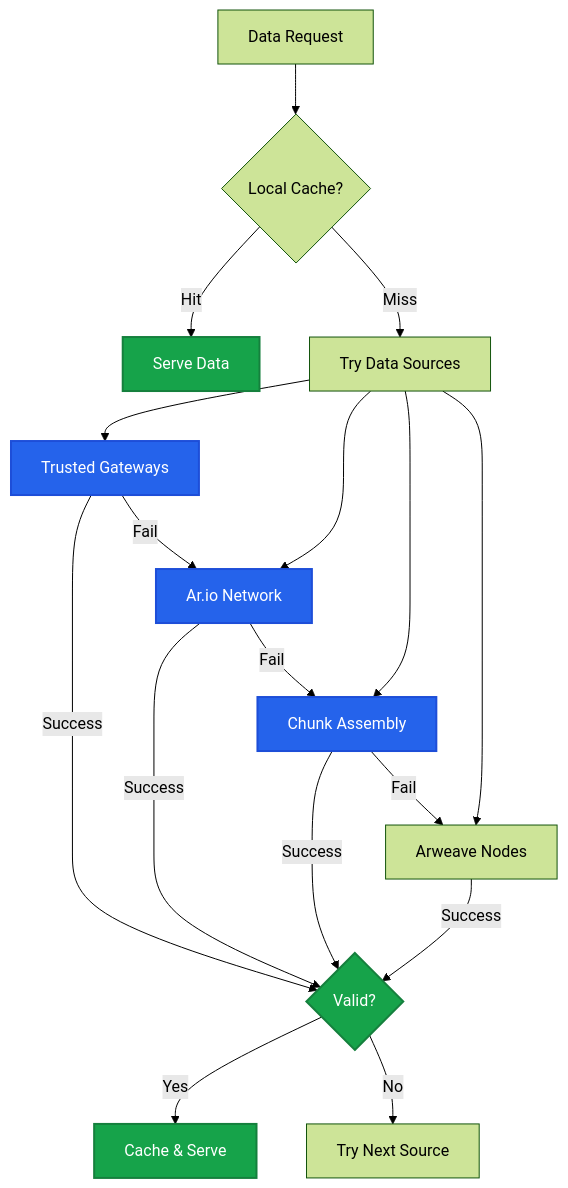
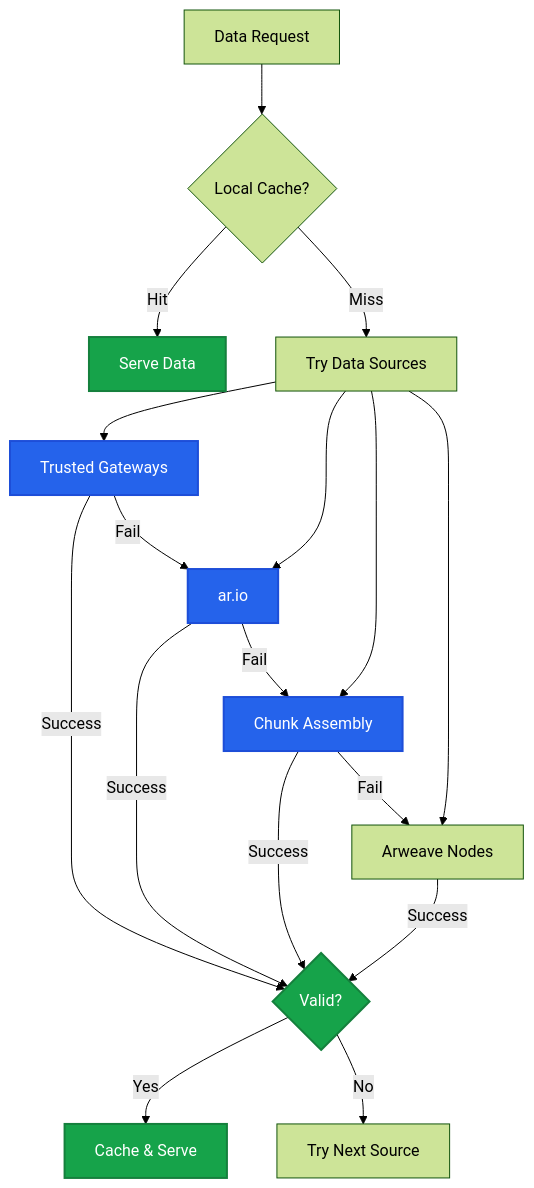
One commit to ar-io/docs changed the first of 2 diagrams in content/learn/gateways/data-retrieval.mdx. Above: the diagram before and after it, drawn with Mermaid (forest theme). The commit also changed other lines of this file and 34 other files, not shown here.

````diff
--- a/content/learn/gateways/data-retrieval.mdx
+++ b/content/learn/gateways/data-retrieval.mdx
@@ -14,29 +14,29 @@
 ```mermaid
 graph TD
     REQUEST[Data Request] --> CACHE{Local Cache?}
     CACHE -->|Hit| SERVE[Serve Data]
     CACHE -->|Miss| SOURCES[Try Data Sources]
     
     SOURCES --> TRUSTED[Trusted Gateways]
-    SOURCES --> NETWORK[Ar.io Network]
+    SOURCES --> NETWORK[ar.io]
     SOURCES --> CHUNKS[Chunk Assembly]
     SOURCES --> ARWEAVE[Arweave Nodes]
     
     TRUSTED -->|Success| VALIDATE
     NETWORK -->|Success| VALIDATE
     CHUNKS -->|Success| VALIDATE
     ARWEAVE -->|Success| VALIDATE
     
     TRUSTED -->|Fail| NETWORK
     NETWORK -->|Fail| CHUNKS
     CHUNKS -->|Fail| ARWEAVE
     
     VALIDATE{Valid?} -->|Yes| STORE[Cache & Serve]
     VALIDATE -->|No| NEXT[Try Next Source]
     
     classDef source fill:#2563eb,stroke:#1d4ed8,stroke-width:2px,color:#fff
     classDef process fill:#16a34a,stroke:#15803d,stroke-width:2px,color:#fff
     
     class TRUSTED,NETWORK,CHUNKS,TXDATA source
     class VALIDATE,SERVE,STORE process
 ```
````
